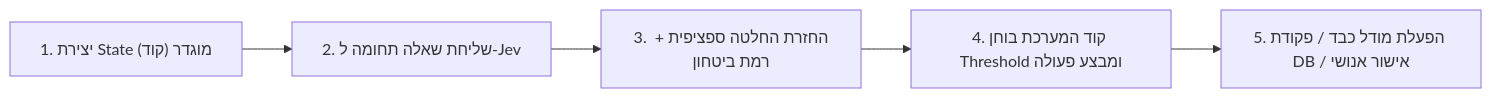
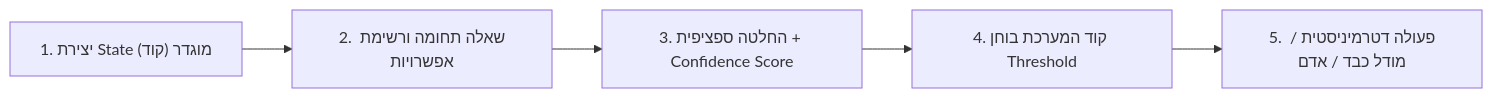
One commit to ronenamos-arch/Amos_AI_SITE changed the diagram in content/posts/jev-ai-system-one-guide.md. Above: the diagram before and after it, drawn with Mermaid. The commit also changed other lines of this file and 4 other files, not shown here.

````diff
--- a/content/posts/jev-ai-system-one-guide.md
+++ b/content/posts/jev-ai-system-one-guide.md
@@ -96,7 +87,7 @@
 ```mermaid
 flowchart LR
-    State["1. יצירת State מוגדר (קוד)"] --> JevQuery["2. שליחת שאלה תחומה ל-Jev"]
-    JevQuery --> JevResult["3. החזרת החלטה ספציפית + רמת ביטחון"]
-    JevResult --> LogicGate["4. קוד המערכת בוחן Threshold ומבצע פעולה"]
-    LogicGate --> NextAction["5. הפעלת מודל כבד / פקודת DB / אישור אנושי"]
+    State["1. יצירת State מוגדר (קוד)"] --> JevQuery["2. שאלה תחומה ורשימת אפשרויות"]
+    JevQuery --> JevResult["3. החלטה ספציפית + Confidence Score"]
+    JevResult --> LogicGate["4. קוד המערכת בוחן Threshold"]
+    LogicGate --> NextAction["5. פעולה דטרמיניסטית / מודל כבד / אדם"]
 ```
````
